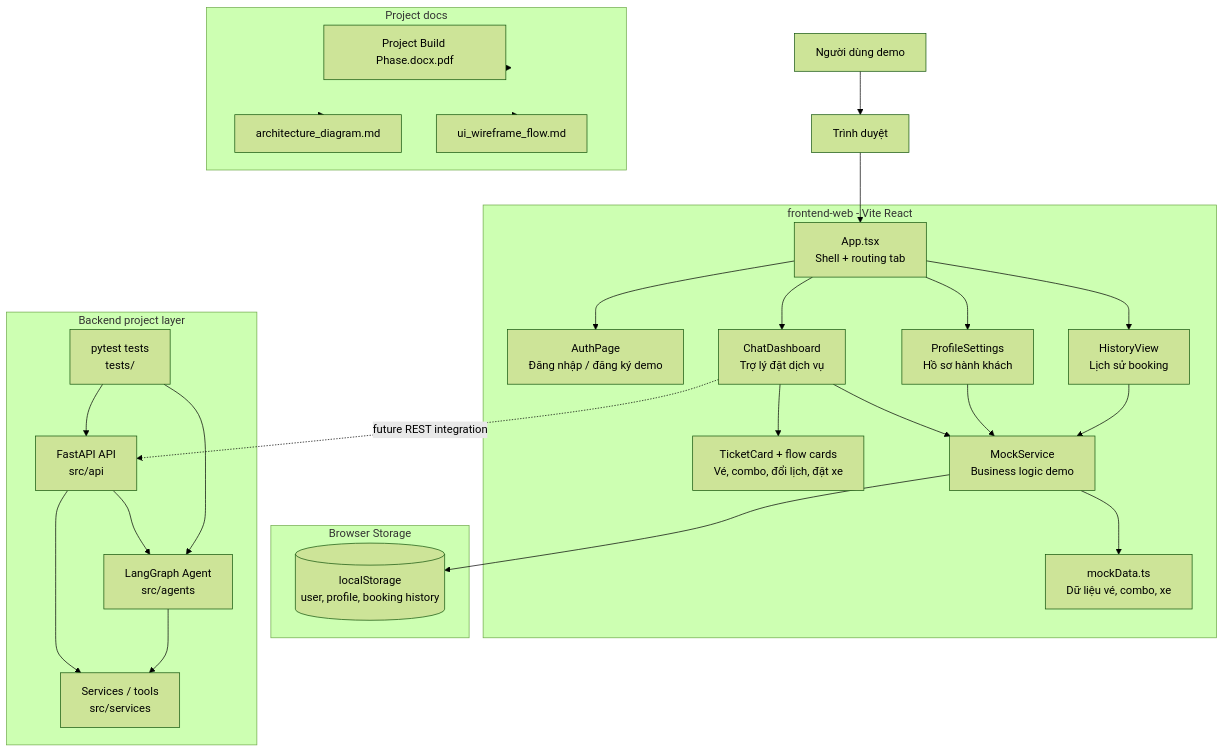
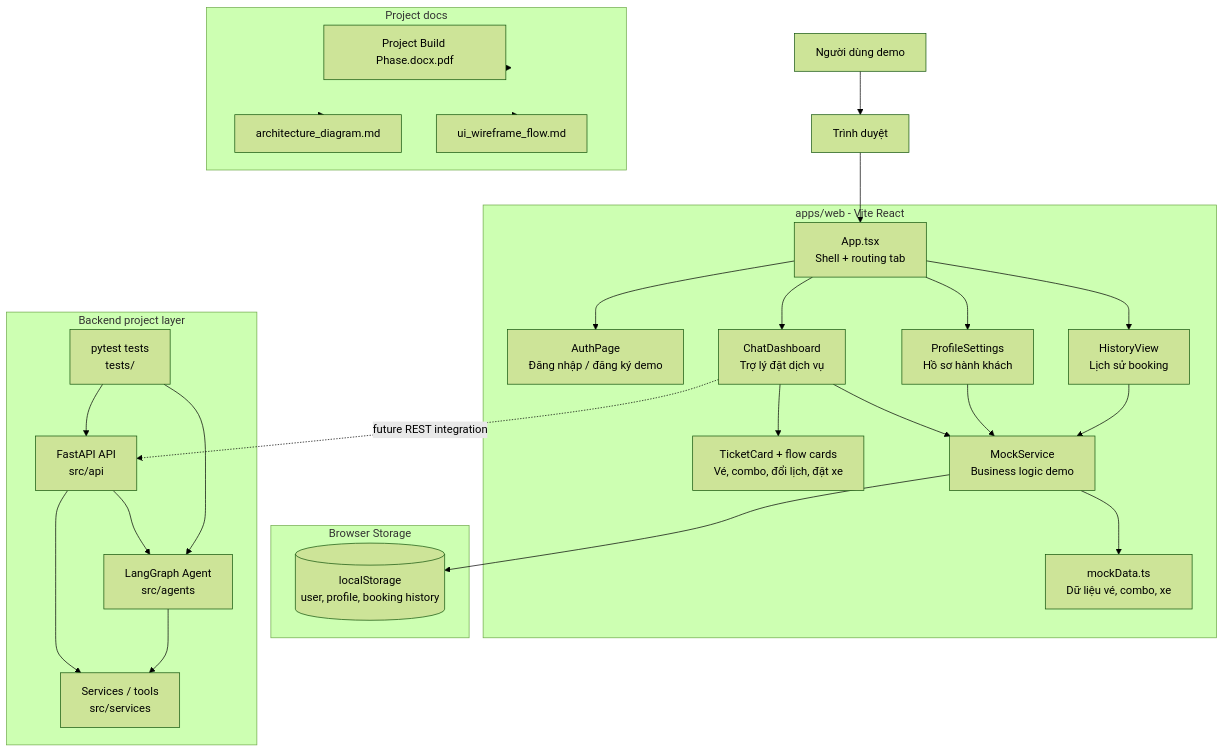
The first of 3 diagrams in docs/architecture_diagram.md (codecuatai/P-018), drawn with Mermaid (forest theme) before and after one commit. The commit also changed other lines of this file and 59 other files, not shown here.

````diff
--- a/docs/architecture_diagram.md
+++ b/docs/architecture_diagram.md
@@ -7,55 +7,55 @@
 ```mermaid
 flowchart TB
     User["Người dùng demo"] --> Browser["Trình duyệt"]
 
-    subgraph FE["frontend-web - Vite React"]
+    subgraph FE["apps/web - Vite React"]
         App["App.tsx\nShell + routing tab"]
         Auth["AuthPage\nĐăng nhập / đăng ký demo"]
         Chat["ChatDashboard\nTrợ lý đặt dịch vụ"]
         Profile["ProfileSettings\nHồ sơ hành khách"]
         History["HistoryView\nLịch sử booking"]
         Cards["TicketCard + flow cards\nVé, combo, đổi lịch, đặt xe"]
         Mock["MockService\nBusiness logic demo"]
         Data["mockData.ts\nDữ liệu vé, combo, xe"]
     end
 
     subgraph Store["Browser Storage"]
         LocalStorage[("localStorage\nuser, profile, booking history")]
     end
 
     subgraph BE["Backend project layer"]
         FastAPI["FastAPI API\nsrc/api"]
         Agent["LangGraph Agent\nsrc/agents"]
         Services["Services / tools\nsrc/services"]
         Tests["pytest tests\ntests/"]
     end
 
     subgraph Docs["Project docs"]
         PDF["Project Build Phase.docx.pdf"]
         Architecture["architecture_diagram.md"]
         UIFlow["ui_wireframe_flow.md"]
     end
 
     Browser --> App
     App --> Auth
     App --> Chat
     App --> Profile
     App --> History
     Chat --> Cards
     Chat --> Mock
     Profile --> Mock
     History --> Mock
     Mock --> Data
     Mock --> LocalStorage
 
     Chat -. future REST integration .-> FastAPI
     FastAPI --> Agent
     FastAPI --> Services
     Agent --> Services
     Tests --> FastAPI
     Tests --> Agent
 
     Docs --> PDF
     Docs --> Architecture
     Docs --> UIFlow
 ```
````
